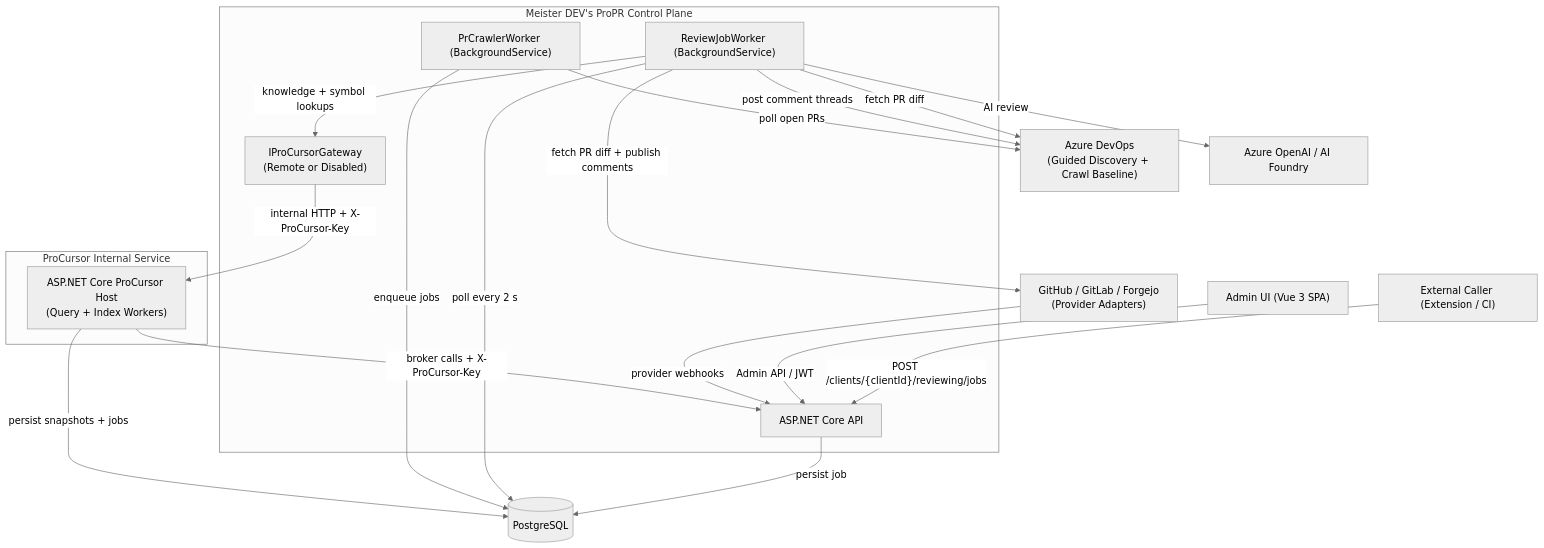
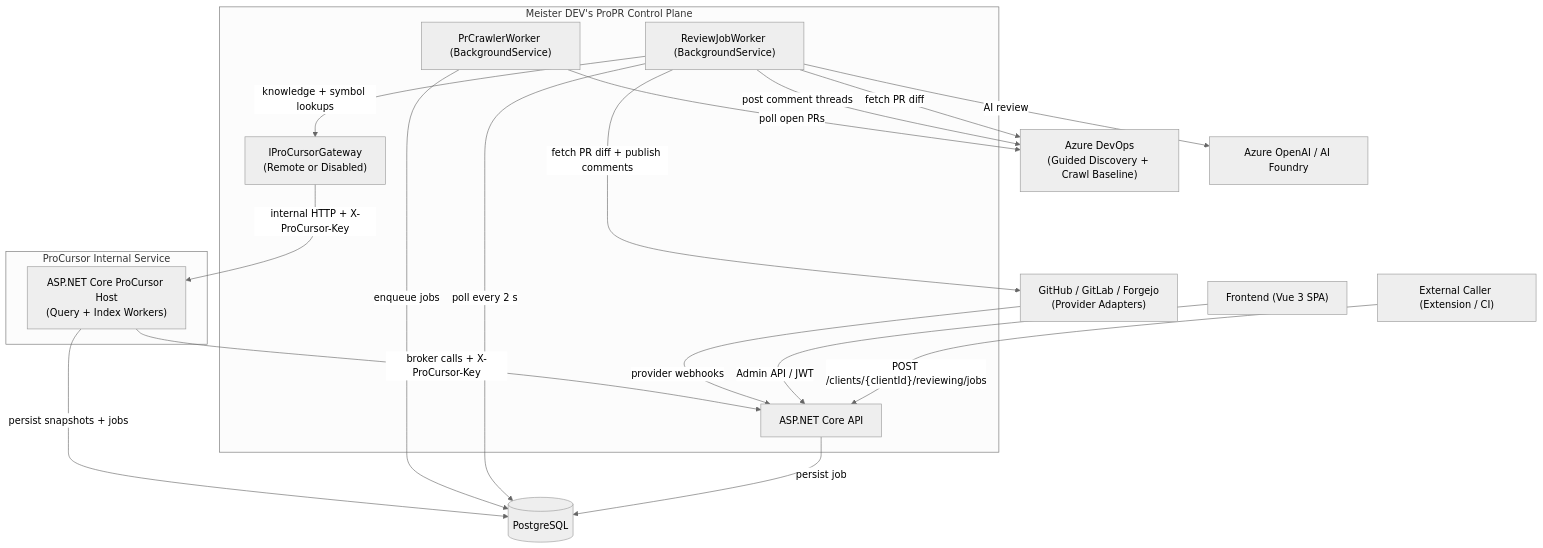
One commit to meister-dev-ai/propr changed the diagram in docs/architecture.md. Above: the diagram before and after it, drawn with Mermaid (neutral theme). The commit also changed 394 other files, not shown here.

````diff
--- a/docs/architecture.md
+++ b/docs/architecture.md
@@ -34,36 +34,36 @@
 ```mermaid
 flowchart TD
     ADO["Azure DevOps\n(Guided Discovery + Crawl Baseline)"]
     SCM["GitHub / GitLab / Forgejo\n(Provider Adapters)"]
     AOAI["Azure OpenAI / AI Foundry"]
     EXT["External Caller (Extension / CI)"]
     PG[("PostgreSQL")]
-    ADMINUI["Admin UI (Vue 3 SPA)"]
+    FRONTEND["Frontend (Vue 3 SPA)"]
 
     subgraph backend["Meister DEV's ProPR Control Plane"]
         API["ASP.NET Core API"]
         WORKER["ReviewJobWorker (BackgroundService)"]
         CRAWLER["PrCrawlerWorker (BackgroundService)"]
         PROXY["IProCursorGateway\n(Remote or Disabled)"]
     end
 
     subgraph procursorHost["ProCursor Internal Service"]
         PROCURSOR["ASP.NET Core ProCursor Host\n(Query + Index Workers)"]
     end
 
     EXT -- "POST /clients/{clientId}/reviewing/jobs" --> API
-    ADMINUI -- "Admin API / JWT" --> API
+    FRONTEND -- "Admin API / JWT" --> API
     API -- "persist job" --> PG
     WORKER -- "poll every 2 s" --> PG
     WORKER -- "fetch PR diff" --> ADO
     WORKER -- "fetch PR diff + publish comments" --> SCM
     WORKER -- "AI review" --> AOAI
     WORKER -- "knowledge + symbol lookups" --> PROXY
     WORKER -- "post comment threads" --> ADO
     CRAWLER -- "poll open PRs" --> ADO
     CRAWLER -- "enqueue jobs" --> PG
     SCM -- "provider webhooks" --> API
     PROXY -- "internal HTTP + X-ProCursor-Key" --> PROCURSOR
     PROCURSOR -- "persist snapshots + jobs" --> PG
     PROCURSOR -- "broker calls + X-ProCursor-Key" --> API
 ```
````
